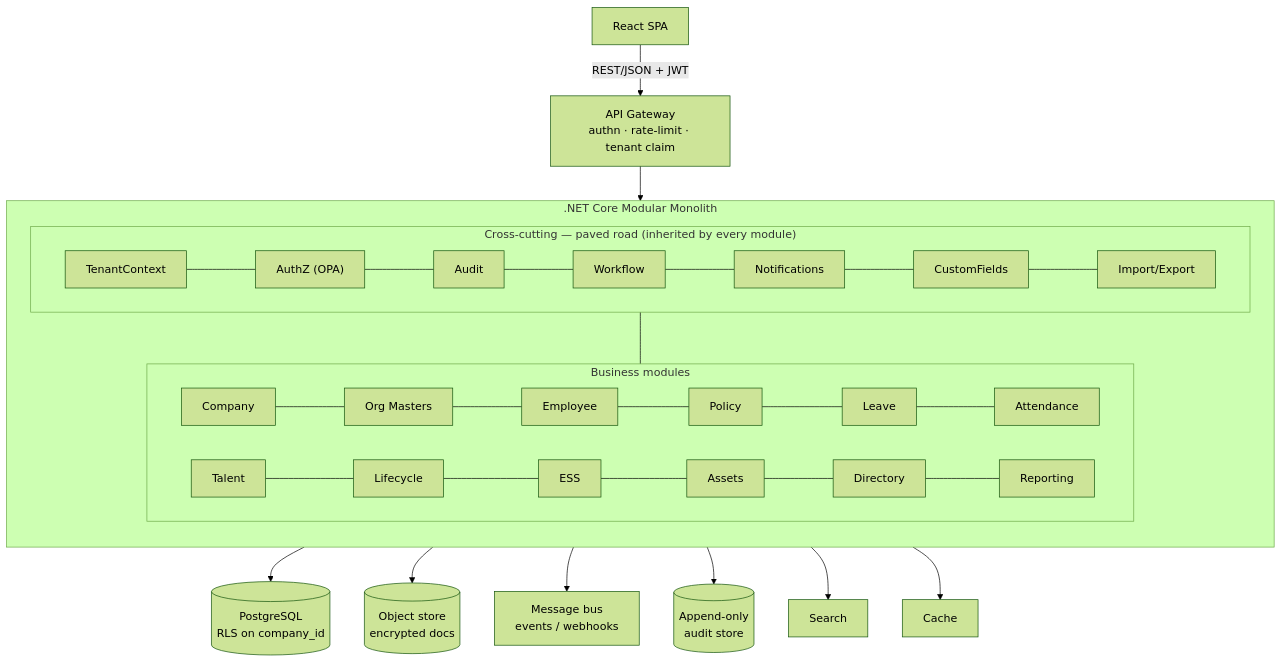
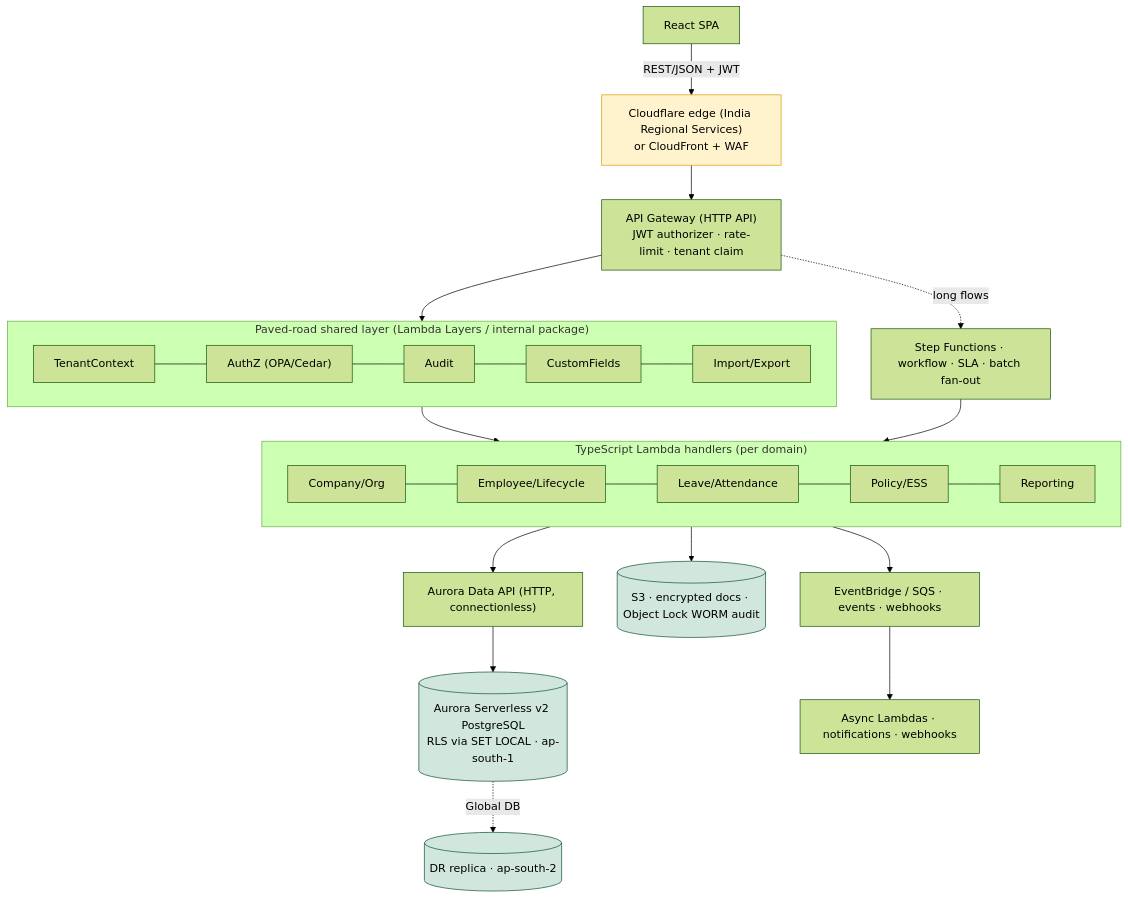
Before and after one commit to harshitsan/hcm: the third of 7 diagrams in execution.md, drawn with Mermaid (forest theme). The commit also changed other lines of this file, not shown here.

Commit message:
Sync execution.md to TypeScript + pure-FaaS-on-AWS stack
Align execution plan with TECH-STACK-AND-INFRA-COMPARISON.md:
- Stack header + architecture call → TypeScript on AWS Lambda, Aurora
  Serverless v2 + Data API + RLS, ap-south-1 primary / ap-south-2 DR.
- ADR-002 revised (pure FaaS module structure); add ADR-009..013
  (backend language, compute/cloud, data tier, residency, edge).
- Replace §4.2 architecture diagram with the FaaS reference design.
- CI/CD + testing tool names: xUnit→Vitest/Jest, Stryker.NET→StrykerJS,
  container build→Lambda artifact, migrations via dedicated step.

````diff
--- a/execution.md
+++ b/execution.md
@@ -145,25 +151,31 @@
 ```mermaid
 flowchart TB
-  SPA["React SPA"] -->|REST/JSON + JWT| GW["API Gateway<br/>authn · rate-limit · tenant claim"]
-  GW --> APP
+  SPA["React SPA"] -->|REST/JSON + JWT| EDGE["Cloudflare edge (India Regional Services)<br/>or CloudFront + WAF"]
+  EDGE --> GW["API Gateway (HTTP API)<br/>JWT authorizer · rate-limit · tenant claim"]
 
-  subgraph APP[".NET Core Modular Monolith"]
-    direction TB
-    subgraph XC["Cross-cutting — paved road (inherited by every module)"]
-      direction LR
-      TC[TenantContext] --- AZ["AuthZ (OPA)"] --- AU[Audit] --- WF[Workflow] --- NO[Notifications] --- CF[CustomFields] --- IE[Import/Export]
-    end
-    subgraph MOD["Business modules"]
-      direction LR
-      M1[Company] --- M2[Org Masters] --- M3[Employee] --- M4[Policy] --- M5[Leave] --- M6[Attendance]
-      M7[Talent] --- M8[Lifecycle] --- M9[ESS] --- M10[Assets] --- M11[Directory] --- M12[Reporting]
-    end
-    XC --- MOD
+  subgraph LAY["Paved-road shared layer (Lambda Layers / internal package)"]
+    direction LR
+    TC[TenantContext] --- AZ["AuthZ (OPA/Cedar)"] --- AU[Audit] --- CF[CustomFields] --- IE[Import/Export]
   end
 
-  APP --> DB[("PostgreSQL<br/>RLS on company_id")]
-  APP --> OS[("Object store<br/>encrypted docs")]
-  APP --> BUS["Message bus<br/>events / webhooks"]
-  APP --> AUS[("Append-only<br/>audit store")]
-  APP --> SC[Search] & CA[Cache]
+  GW --> LAY
+  LAY --> FNS
+
+  subgraph FNS["TypeScript Lambda handlers (per domain)"]
+    direction LR
+    M1[Company/Org] --- M2[Employee/Lifecycle] --- M3[Leave/Attendance] --- M4[Policy/ESS] --- M5[Reporting]
+  end
+
+  FNS --> DAPI["Aurora Data API (HTTP, connectionless)"]
+  DAPI --> DB[("Aurora Serverless v2 PostgreSQL<br/>RLS via SET LOCAL · ap-south-1")]
+  DB -. Global DB .-> DR[("DR replica · ap-south-2")]
+  FNS --> OS[("S3 · encrypted docs · Object Lock WORM audit")]
+  FNS --> BUS["EventBridge / SQS · events · webhooks"]
+  BUS --> ASY["Async Lambdas · notifications · webhooks"]
+  GW -. long flows .-> SF["Step Functions · workflow · SLA · batch fan-out"]
+  SF --> FNS
+
+  classDef data fill:#d1e7dd,stroke:#0f5132,color:#000;
+  classDef edge fill:#fff3cd,stroke:#d39e00,color:#000;
+  class DB,DR,OS data; class EDGE edge;
 ```
````
